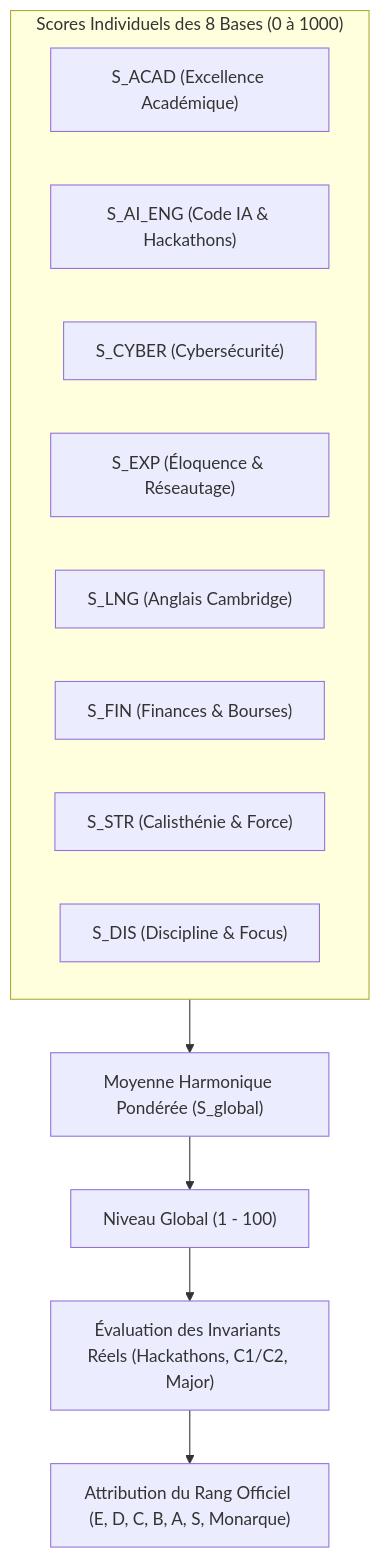
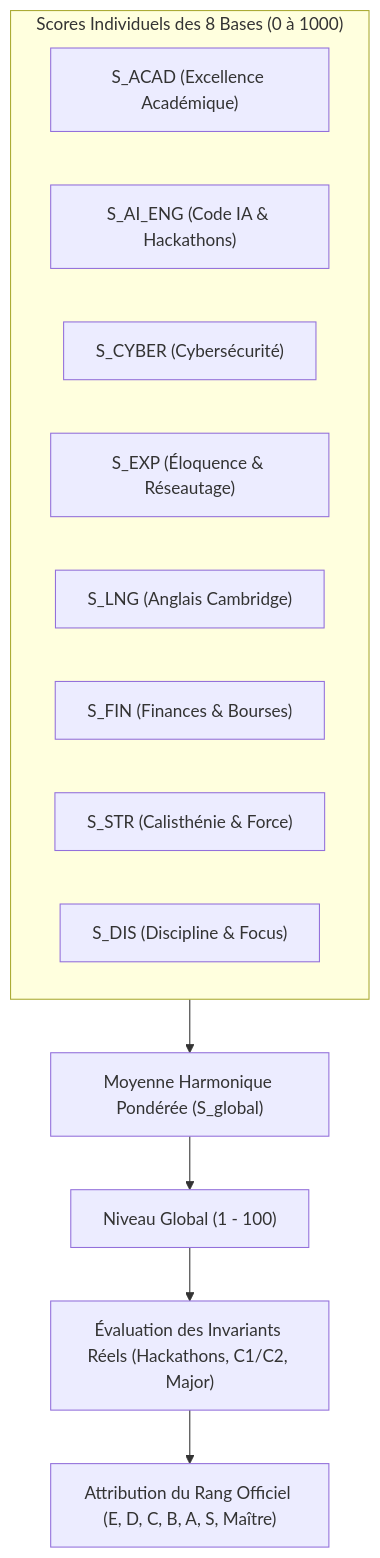
One commit to GeovanioH/LevelUp changed the ninth of 9 diagrams in docs/02-TRD.md. Above: the diagram before and after it, drawn with Mermaid. The commit also changed other lines of this file and 12 other files, not shown here.

````diff
--- a/docs/02-TRD.md
+++ b/docs/02-TRD.md
@@ -2709,18 +2709,18 @@
 ```mermaid
 flowchart TD
     subgraph Les_8_Bases["Scores Individuels des 8 Bases (0 à 1000)"]
         S_ACAD["S_ACAD (Excellence Académique)"]
         S_AI["S_AI_ENG (Code IA & Hackathons)"]
         S_CYBER["S_CYBER (Cybersécurité)"]
         S_EXP["S_EXP (Éloquence & Réseautage)"]
         S_LNG["S_LNG (Anglais Cambridge)"]
         S_FIN["S_FIN (Finances & Bourses)"]
         S_STR["S_STR (Calisthénie & Force)"]
         S_DIS["S_DIS (Discipline & Focus)"]
     end
 
     Les_8_Bases --> HarmonicMean["Moyenne Harmonique Pondérée (S_global)"]
     HarmonicMean --> GlobalLvl["Niveau Global (1 - 100)"]
     GlobalLvl --> RankCheck["Évaluation des Invariants Réels (Hackathons, C1/C2, Major)"]
-    RankCheck --> FinalRank["Attribution du Rang Officiel (E, D, C, B, A, S, Monarque)"]
+    RankCheck --> FinalRank["Attribution du Rang Officiel (E, D, C, B, A, S, Maître)"]
 ```
````
